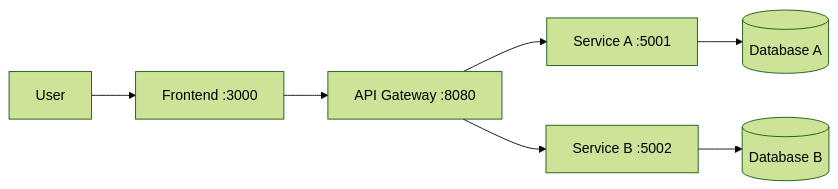
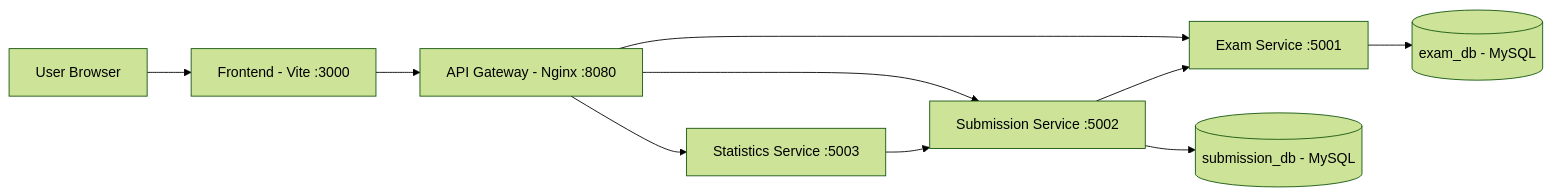
The diagram in README.md (nguyenminhhong2061-prog/PTTK), drawn with Mermaid (forest theme) before and after one commit. The commit also changed other lines of this file, not shown here.

````diff
--- a/README.md
+++ b/README.md
@@ -29,9 +23,12 @@
 ```mermaid
 graph LR
-    U[User] --> FE[Frontend :3000]
-    FE --> GW[API Gateway :8080]
-    GW --> SA[Service A :5001]
-    GW --> SB[Service B :5002]
-    SA --> DB1[(Database A)]
-    SB --> DB2[(Database B)]
+    U[User Browser] --> FE[Frontend - Vite :3000]
+    FE --> GW[API Gateway - Nginx :8080]
+    GW --> EX[Exam Service :5001]
+    GW --> SUB[Submission Service :5002]
+    GW --> ST[Statistics Service :5003]
+    EX --> EXDB[(exam_db - MySQL)]
+    SUB --> SUBDB[(submission_db - MySQL)]
+    SUB --> EX
+    ST --> SUB
 ```
````
